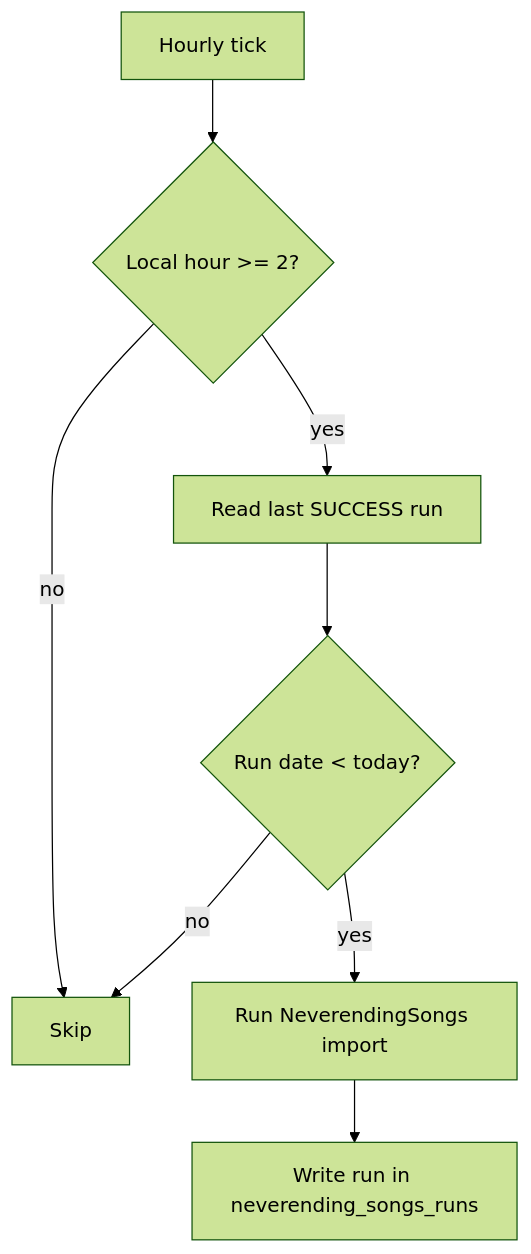
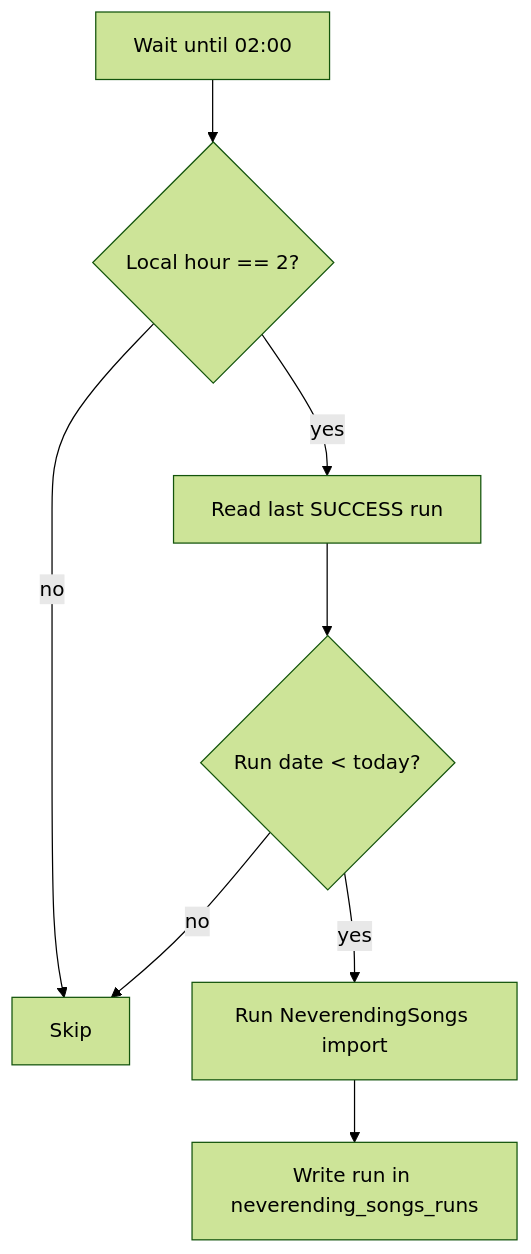
Before and after one commit to hoschi/neverending-playlist: the third of 3 diagrams in implementation.md, drawn with Mermaid (forest theme). The commit also changed other lines of this file and 7 other files, not shown here.

````diff
--- a/implementation.md
+++ b/implementation.md
@@ -91,10 +90,10 @@
 ```mermaid
 flowchart TD
-    A[Hourly tick] --> B{Local hour >= 2?}
+    A[Wait until 02:00] --> B{Local hour == 2?}
     B -- no --> C[Skip]
     B -- yes --> D[Read last SUCCESS run]
     D --> E{Run date < today?}
     E -- no --> C
     E -- yes --> F[Run NeverendingSongs import]
     F --> G[Write run in neverending_songs_runs]
 ```
````
